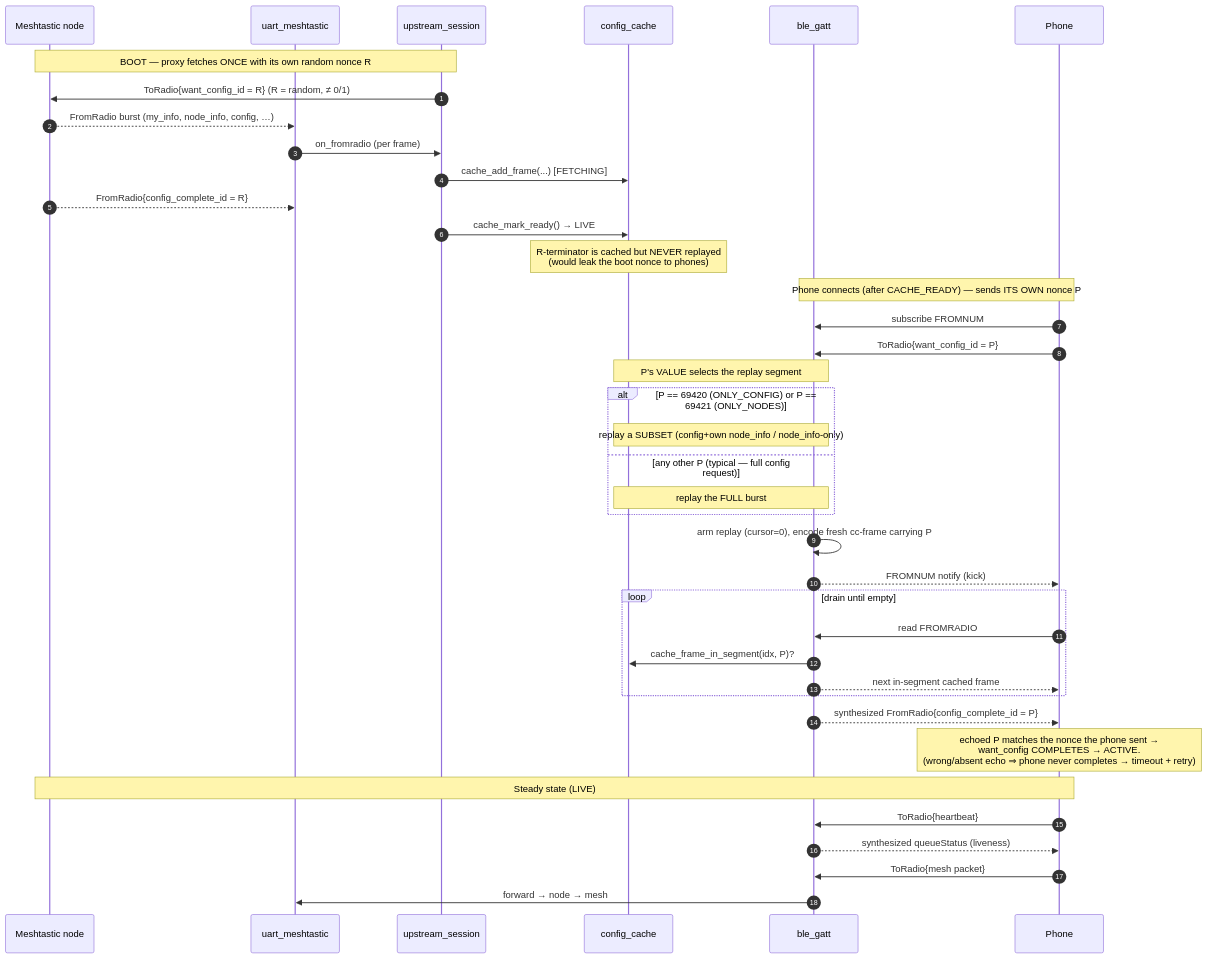
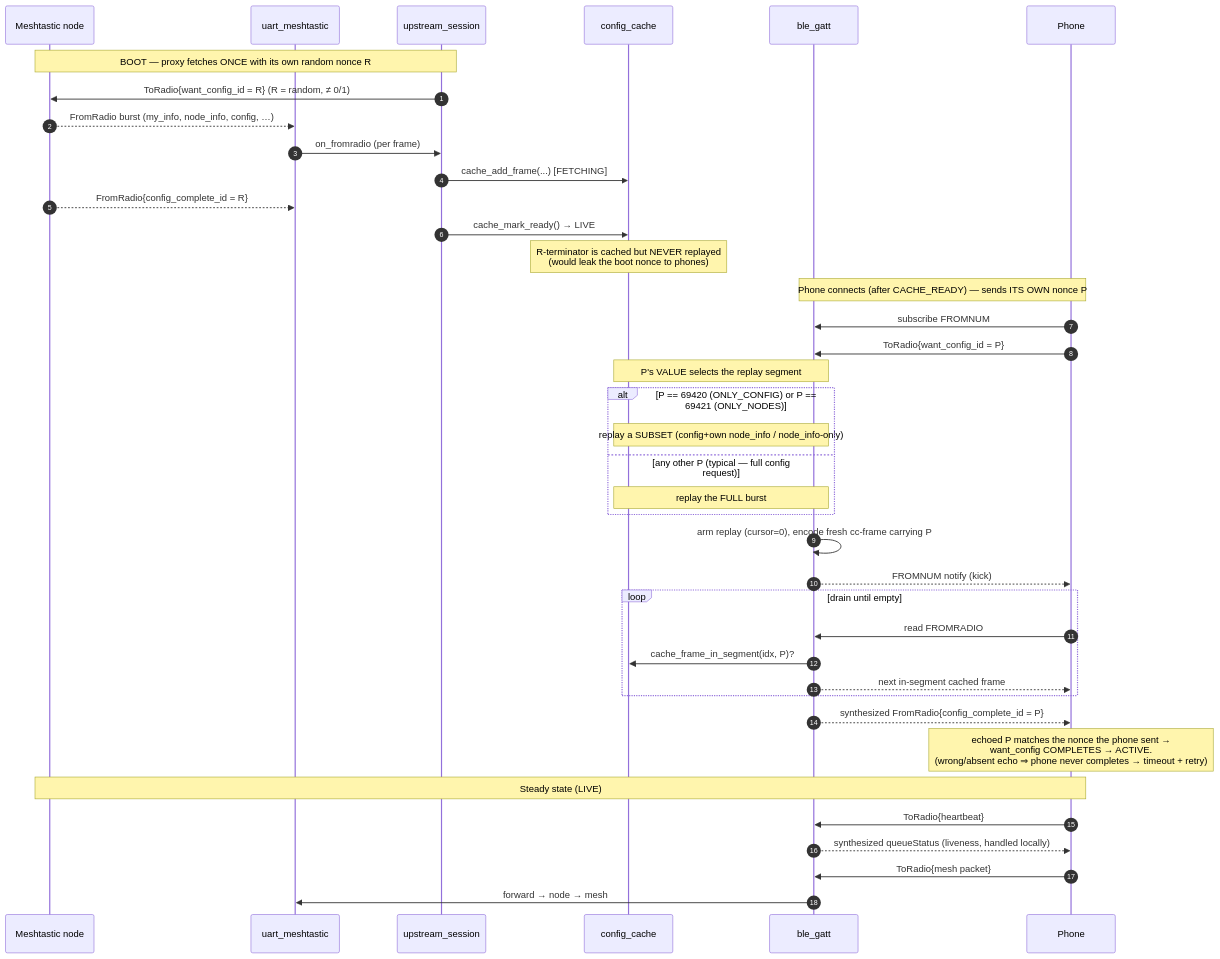
One commit to OF306PUC/meshtastic-ble-proxy changed the fourth of 6 diagrams in docs/ARCHITECTURE.md. Above: the diagram before and after it, drawn with Mermaid. The commit also changed other lines of this file and 1 other file, not shown here.

First line of the commit message:
docs(architecture): threading-model figure, priority fixes, portnum table

````diff
--- a/docs/ARCHITECTURE.md
+++ b/docs/ARCHITECTURE.md
@@ -274,46 +295,46 @@
 ```mermaid
 sequenceDiagram
     autonumber
     participant N as Meshtastic node
     participant U as uart_meshtastic
     participant US as upstream_session
     participant CC as config_cache
     participant BG as ble_gatt
     participant P as Phone
 
     Note over US,N: BOOT — proxy fetches ONCE with its own random nonce R
     US->>N: ToRadio{want_config_id = R} (R = random, ≠ 0/1)
     N-->>U: FromRadio burst (my_info, node_info, config, …)
     U->>US: on_fromradio (per frame)
     US->>CC: cache_add_frame(...)  [FETCHING]
     N-->>U: FromRadio{config_complete_id = R}
     US->>CC: cache_mark_ready()  → LIVE
     Note over CC: R-terminator is cached but NEVER replayed<br/>(would leak the boot nonce to phones)
 
     Note over P,BG: Phone connects (after CACHE_READY) — sends ITS OWN nonce P
     P->>BG: subscribe FROMNUM
     P->>BG: ToRadio{want_config_id = P}
 
     Note over BG,CC: P's VALUE selects the replay segment
     alt P == 69420 (ONLY_CONFIG) or P == 69421 (ONLY_NODES)
         Note over BG,CC: replay a SUBSET (config+own node_info / node_info-only)
     else any other P  (typical — full config request)
         Note over BG,CC: replay the FULL burst
     end
 
     BG->>BG: arm replay (cursor=0), encode fresh cc-frame carrying P
     BG-->>P: FROMNUM notify (kick)
     loop drain until empty
         P->>BG: read FROMRADIO
         BG->>CC: cache_frame_in_segment(idx, P)?
         BG-->>P: next in-segment cached frame
     end
     BG-->>P: synthesized FromRadio{config_complete_id = P}
     Note over P: echoed P matches the nonce the phone sent →<br/>want_config COMPLETES → ACTIVE.<br/>(wrong/absent echo ⇒ phone never completes → timeout + retry)
 
     Note over P,N: Steady state (LIVE)
     P->>BG: ToRadio{heartbeat}
-    BG-->>P: synthesized queueStatus (liveness)
+    BG-->>P: synthesized queueStatus (liveness, handled locally)
     P->>BG: ToRadio{mesh packet}
     BG->>U: forward → node → mesh
 ```
````
